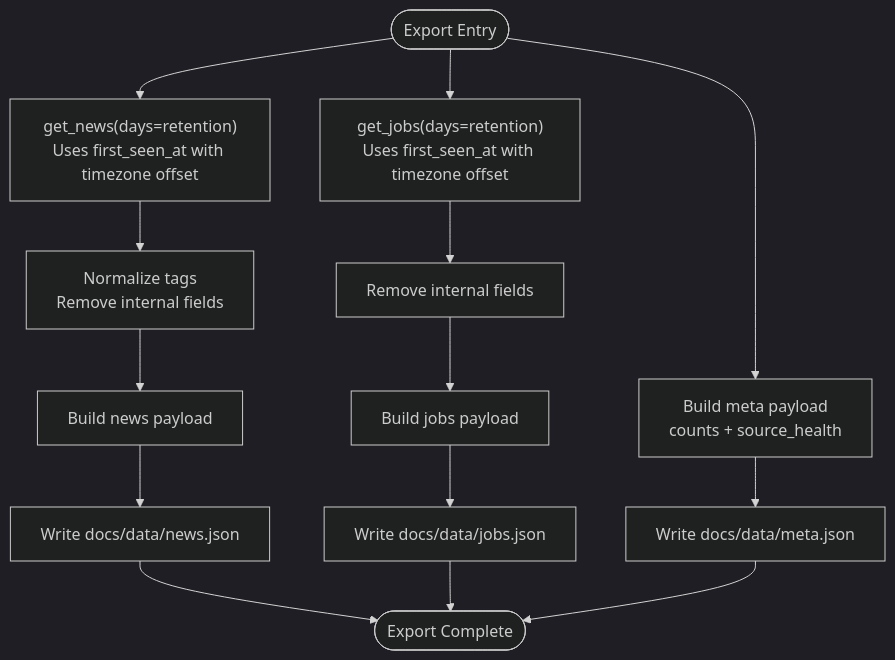
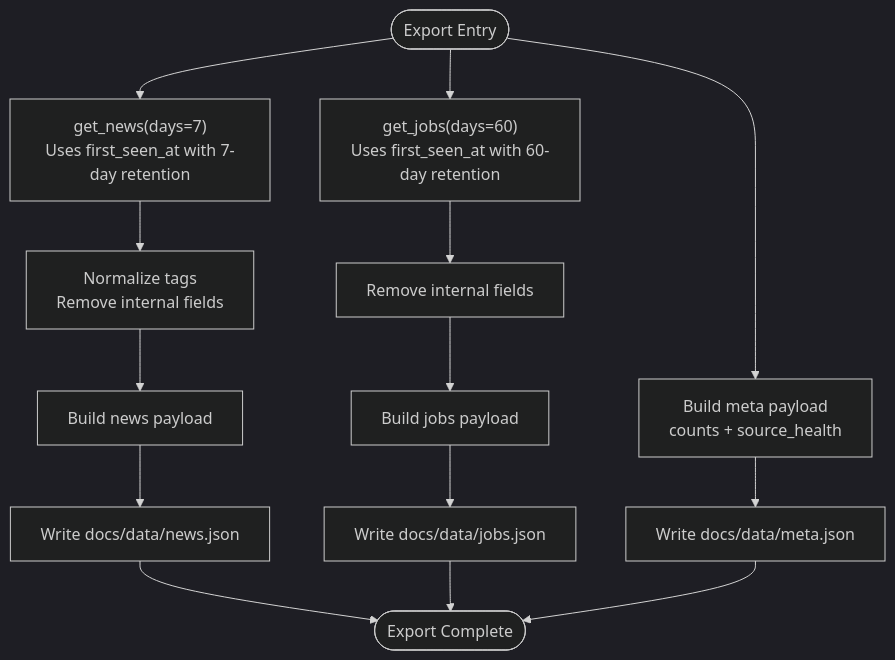
The fourth of 7 diagrams in .qoder/repowiki/en/content/Data Management/Data Lifecycle Management.md (shakthi-vinayak/news), drawn with Mermaid (dark theme) before and after one commit. The commit also changed other lines of this file and 55 other files, not shown here.

````diff
--- a/.qoder/repowiki/en/content/Data Management/Data Lifecycle Management.md
+++ b/.qoder/repowiki/en/content/Data Management/Data Lifecycle Management.md
@@ -206,16 +209,16 @@
 ```mermaid
 flowchart TD
-Start(["Export Entry"]) --> GetNews["get_news(days=retention)<br/>Uses first_seen_at with timezone offset"]
+Start(["Export Entry"]) --> GetNews["get_news(days=7)<br/>Uses first_seen_at with 7-day retention"]
 GetNews --> NormalizeNews["Normalize tags<br/>Remove internal fields"]
 NormalizeNews --> BuildNews["Build news payload"]
 BuildNews --> WriteNews["Write docs/data/news.json"]
-Start --> GetJobs["get_jobs(days=retention)<br/>Uses first_seen_at with timezone offset"]
+Start --> GetJobs["get_jobs(days=60)<br/>Uses first_seen_at with 60-day retention"]
 GetJobs --> NormalizeJobs["Remove internal fields"]
 NormalizeJobs --> BuildJobs["Build jobs payload"]
 BuildJobs --> WriteJobs["Write docs/data/jobs.json"]
 Start --> BuildMeta["Build meta payload<br/>counts + source_health"]
 BuildMeta --> WriteMeta["Write docs/data/meta.json"]
 WriteNews --> Done(["Export Complete"])
 WriteJobs --> Done
 WriteMeta --> Done
 ```
````
